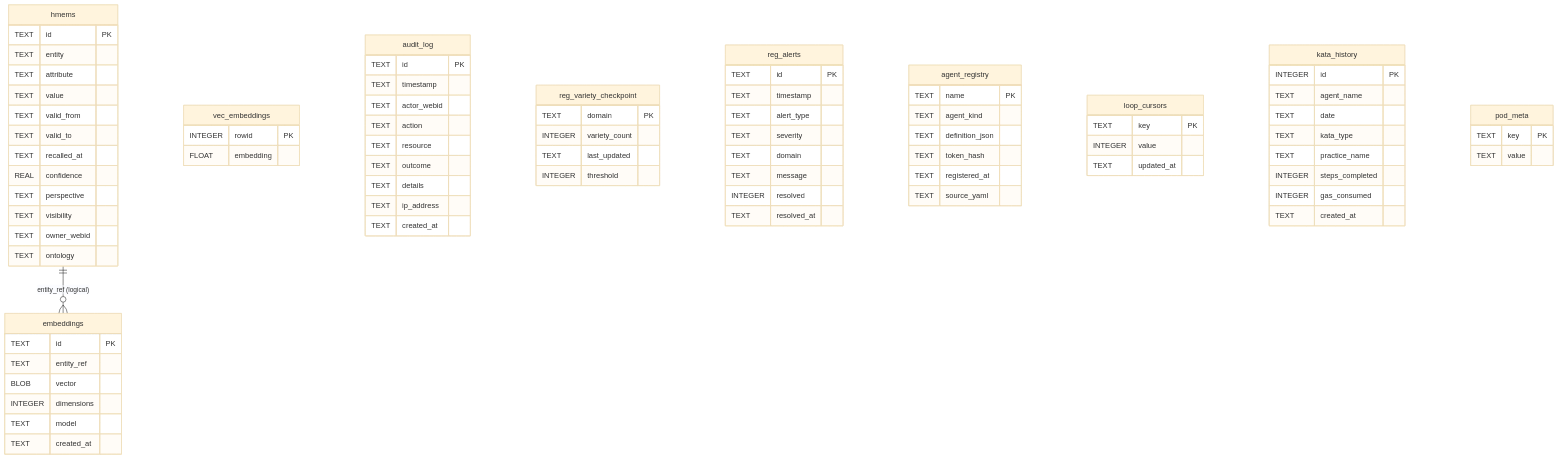
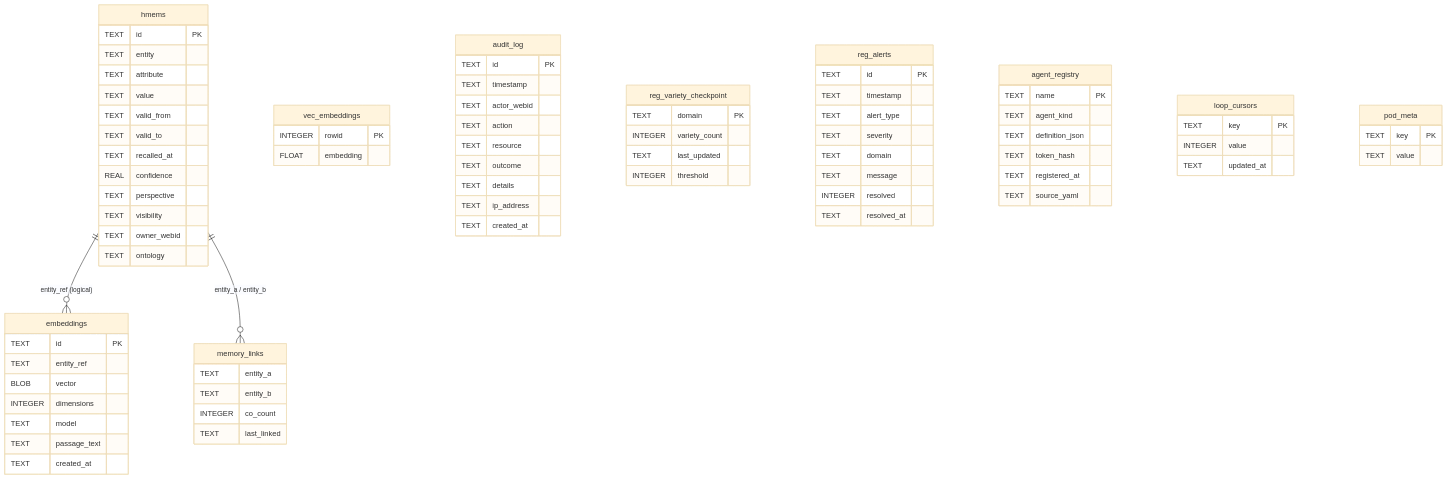
The second of 2 diagrams in kask/docs/diataxis/hkask-storage/reference.md (mdz-axo/zed-kask), drawn with Mermaid (base theme) before and after one commit. The commit also changed other lines of this file and 41 other files, not shown here.

````diff
--- a/kask/docs/diataxis/hkask-storage/reference.md
+++ b/kask/docs/diataxis/hkask-storage/reference.md
@@ -204,6 +178,7 @@
 ```mermaid
 erDiagram
     hmems ||--o{ embeddings : "entity_ref (logical)"
+    hmems ||--o{ memory_links : "entity_a / entity_b"
 
     hmems {
         TEXT id PK
@@ -225,11 +200,18 @@
         BLOB vector
         INTEGER dimensions
         TEXT model
+        TEXT passage_text
         TEXT created_at
     }
     vec_embeddings {
         INTEGER rowid PK
         FLOAT embedding
+    }
+    memory_links {
+        TEXT entity_a
+        TEXT entity_b
+        INTEGER co_count
+        TEXT last_linked
     }
     audit_log {
         TEXT id PK
@@ -271,16 +253,6 @@
         INTEGER value
         TEXT updated_at
     }
-    kata_history {
-        INTEGER id PK
-        TEXT agent_name
-        TEXT date
-        TEXT kata_type
-        TEXT practice_name
-        INTEGER steps_completed
-        INTEGER gas_consumed
-        TEXT created_at
-    }
     pod_meta {
         TEXT key PK
         TEXT value
````
